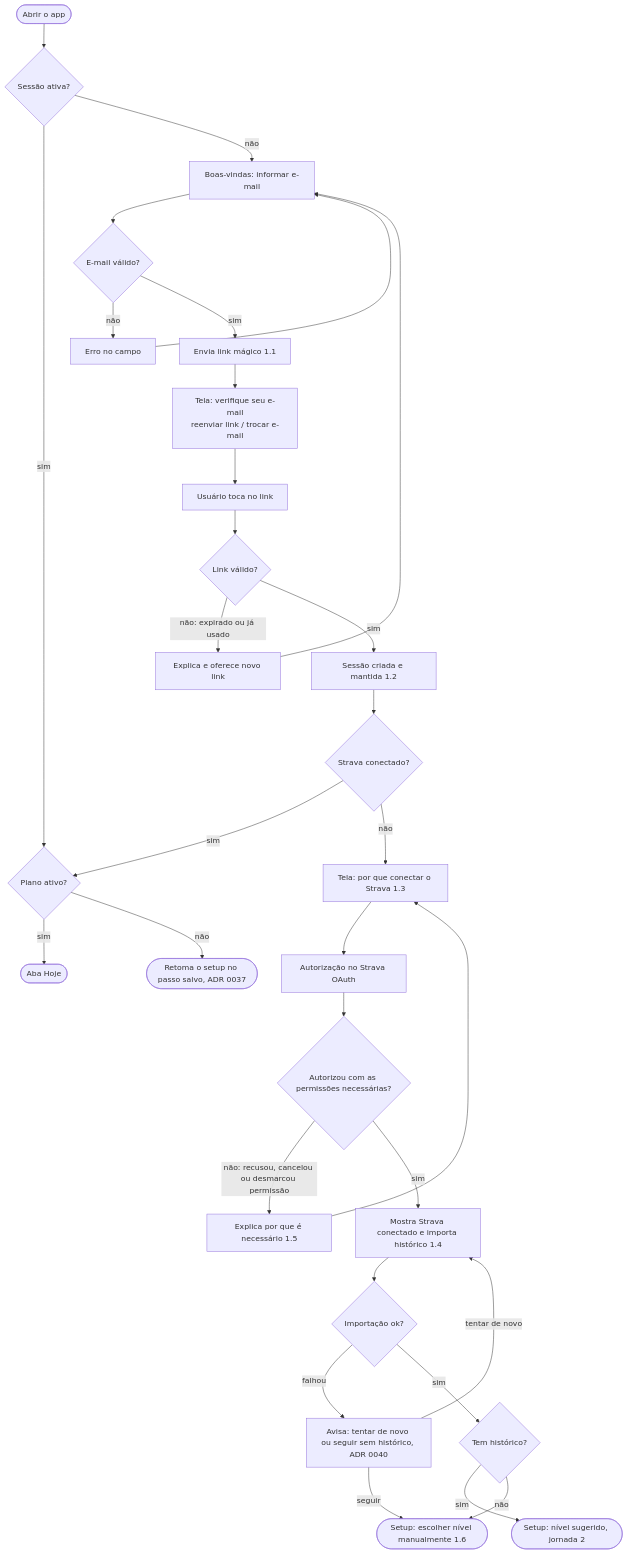
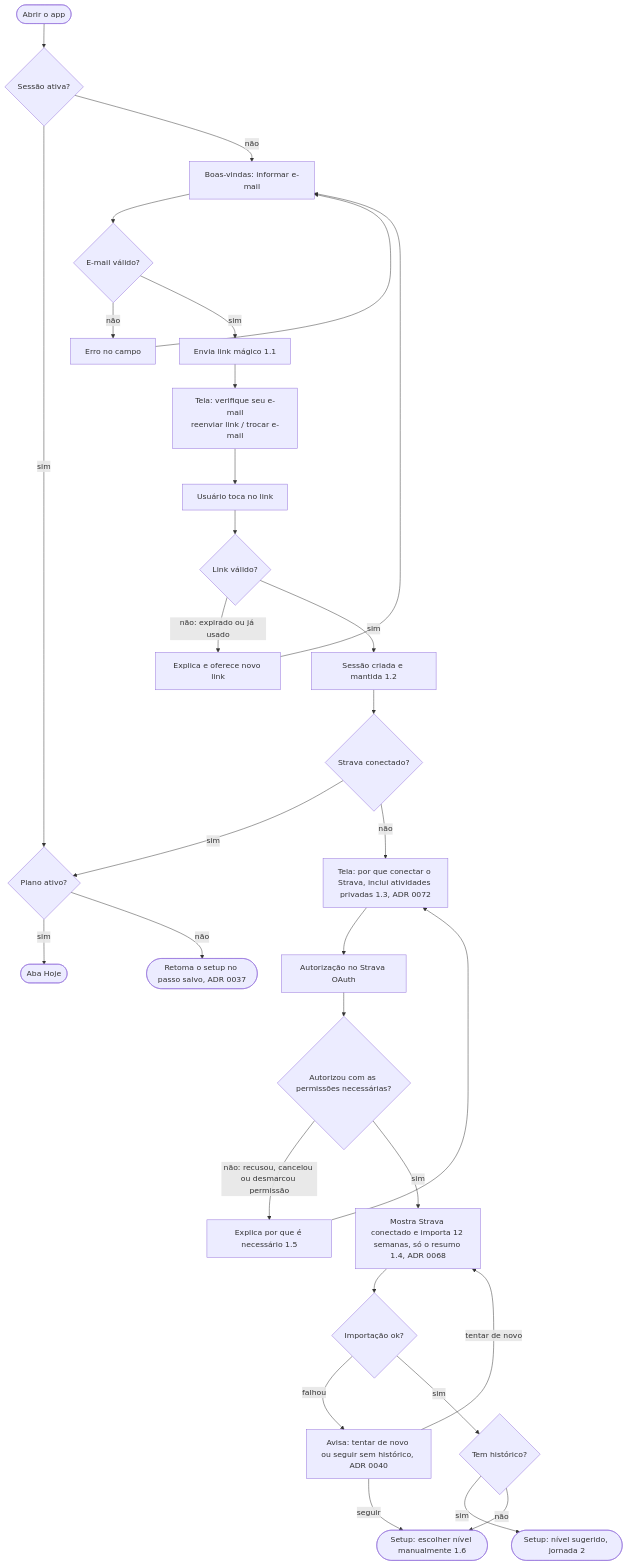
The first of 11 diagrams in docs/fluxos.md (cruzvini/app-corrida), drawn with Mermaid before and after one commit. The commit also changed other lines of this file and 2 other files, not shown here.

First line of the commit message:
docs: atualiza os fluxos das jornadas 1, 2, 4 e 6 com o Strava

````diff
--- a/docs/fluxos.md
+++ b/docs/fluxos.md
@@ -7,30 +7,30 @@
 ```mermaid
 flowchart TD
   A([Abrir o app]) --> B{Sessão ativa?}
   B -- sim --> C{Plano ativo?}
   C -- sim --> HOJE([Aba Hoje])
   C -- não --> RET([Retoma o setup no passo salvo, ADR 0037])
   B -- não --> D[Boas-vindas: informar e-mail]
   D --> E{E-mail válido?}
   E -- não --> E1[Erro no campo] --> D
   E -- sim --> F[Envia link mágico 1.1]
   F --> G[Tela: verifique seu e-mail<br/>reenviar link / trocar e-mail]
   G --> H[Usuário toca no link]
   H --> I{Link válido?}
   I -- não: expirado ou já usado --> I1[Explica e oferece novo link] --> D
   I -- sim --> J[Sessão criada e mantida 1.2]
   J --> K{Strava conectado?}
   K -- sim --> C
-  K -- não --> L[Tela: por que conectar o Strava 1.3]
+  K -- não --> L[Tela: por que conectar o Strava, inclui atividades privadas 1.3, ADR 0072]
   L --> M[Autorização no Strava OAuth]
   M --> N{Autorizou com as permissões necessárias?}
   N -- não: recusou, cancelou ou desmarcou permissão --> N1[Explica por que é necessário 1.5] --> L
-  N -- sim --> O[Mostra Strava conectado e importa histórico 1.4]
+  N -- sim --> O[Mostra Strava conectado e importa 12 semanas, só o resumo 1.4, ADR 0068]
   O --> P{Importação ok?}
   P -- falhou --> P1[Avisa: tentar de novo ou seguir sem histórico, ADR 0040]
   P1 -- tentar de novo --> O
   P1 -- seguir --> S2
   P -- sim --> Q{Tem histórico?}
   Q -- sim --> S1([Setup: nível sugerido, jornada 2])
   Q -- não --> S2([Setup: escolher nível manualmente 1.6])
 ```
````
